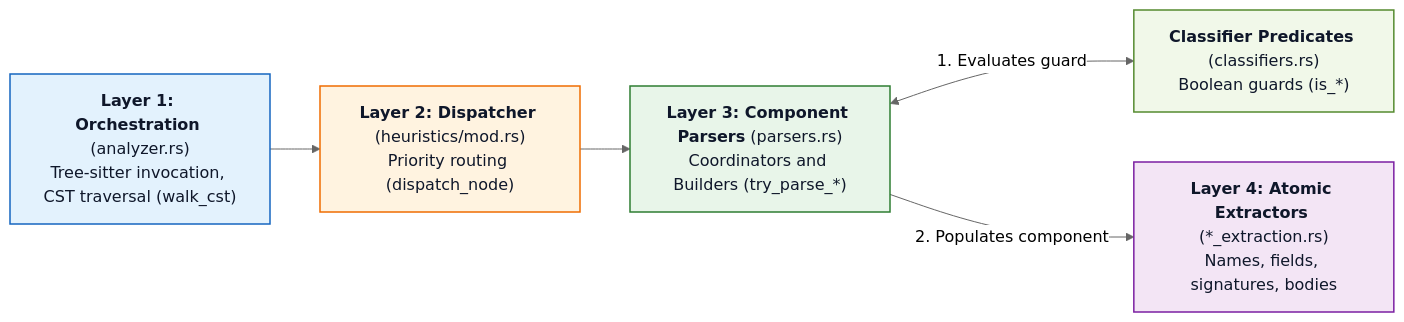
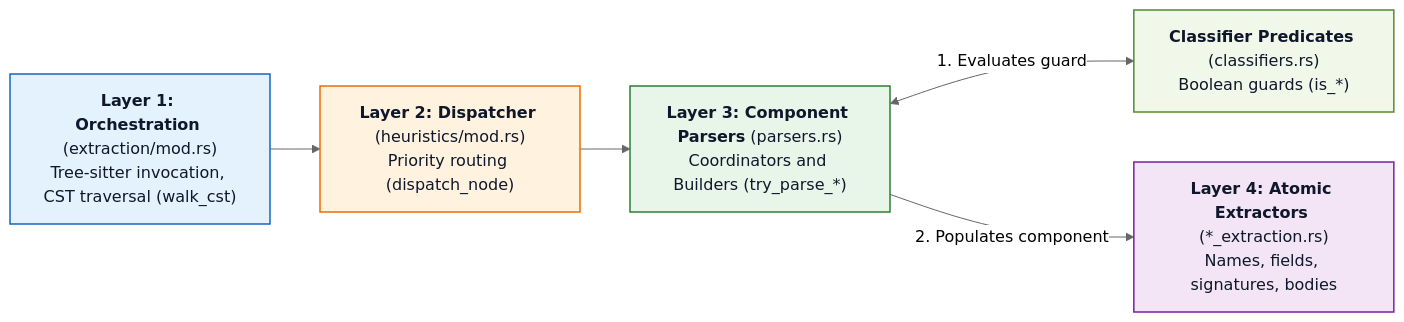
Before and after one commit to FerrarioChristian/master-thesis: the diagram in images/extraction/extraction_layers.mmd, drawn with Mermaid (neutral theme). The commit also changed 1 other file, not shown here.

```diff
--- a/images/extraction/extraction_layers.mmd
+++ b/images/extraction/extraction_layers.mmd
@@ -1,17 +1,17 @@
 flowchart LR
-    L1["<b>Layer 1: Orchestration</b> (analyzer.rs)<br/>Tree-sitter invocation, CST traversal (walk_cst)"]
+    L1["<b>Layer 1: Orchestration</b> (extraction/mod.rs)<br/>Tree-sitter invocation, CST traversal (walk_cst)"]
     L2["<b>Layer 2: Dispatcher</b> (heuristics/mod.rs)<br/>Priority routing (dispatch_node)"]
     L3P["<b>Layer 3: Component Parsers</b> (parsers.rs)<br/>Coordinators and Builders (try_parse_*)"]
     L3C["<b>Classifier Predicates</b> (classifiers.rs)<br/>Boolean guards (is_*)"]
     L4["<b>Layer 4: Atomic Extractors</b> (*_extraction.rs)<br/>Names, fields, signatures, bodies"]
 
     L1 --> L2
     L2 --> L3P
     L3P <-->|"1. Evaluates guard"| L3C
     L3P -->|"2. Populates component"| L4
 
     style L1 fill:#e3f2fd,stroke:#1565c0,stroke-width:1.5px,color:#0f172a
     style L2 fill:#fff3e0,stroke:#ef6c00,stroke-width:1.5px,color:#0f172a
     style L3P fill:#e8f5e9,stroke:#2e7d32,stroke-width:1.5px,color:#0f172a
     style L3C fill:#f1f8e9,stroke:#558b2f,stroke-width:1.5px,color:#0f172a
     style L4 fill:#f3e5f5,stroke:#7b1fa2,stroke-width:1.5px,color:#0f172a
```
